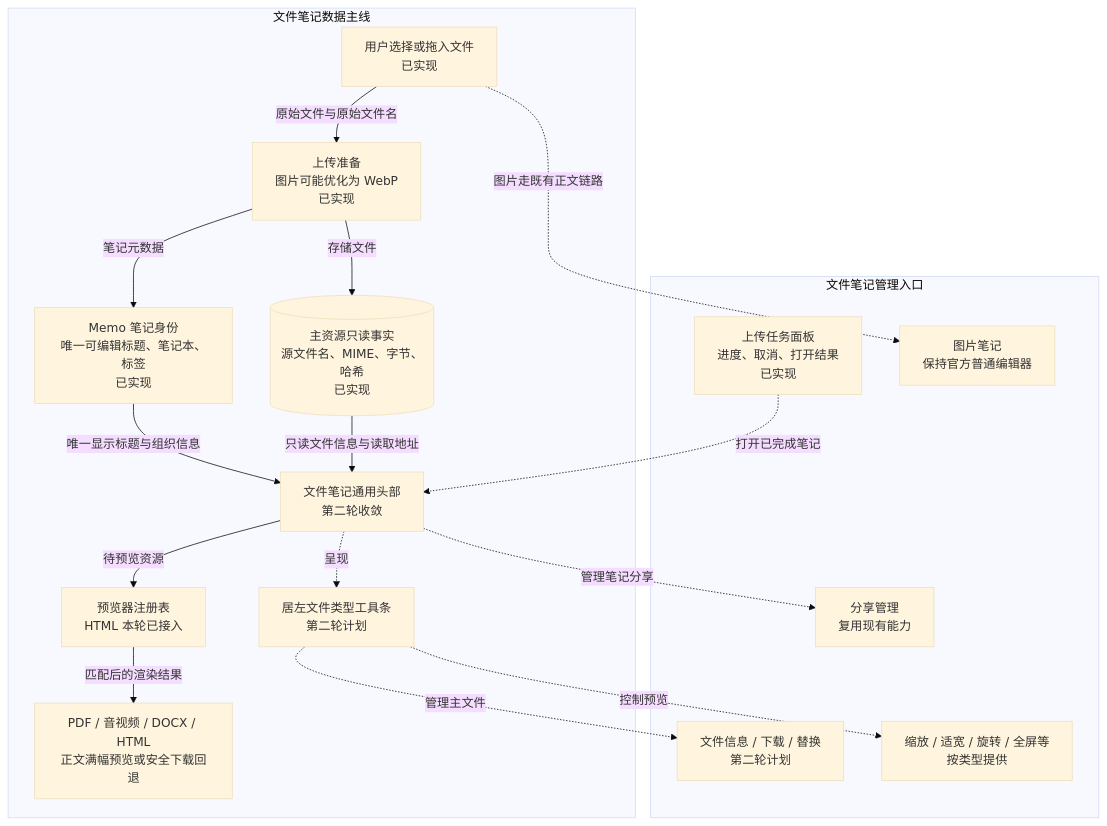
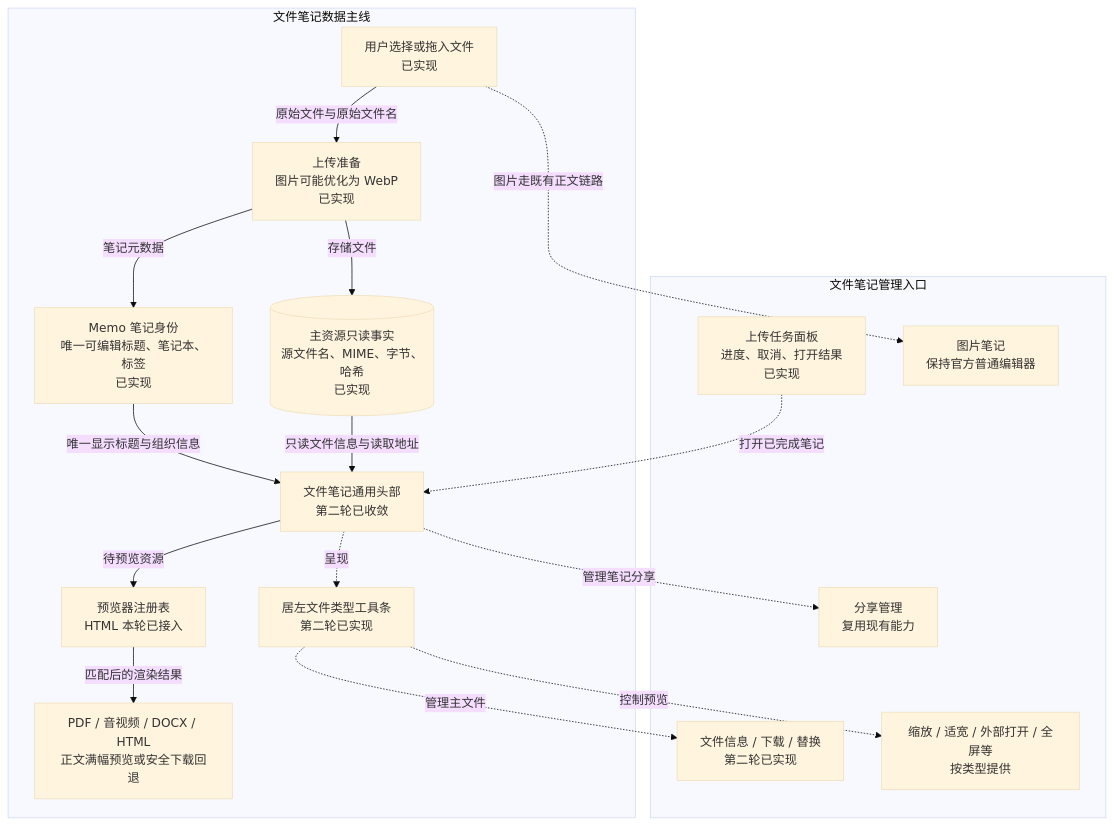
Before and after one commit to LarryGuan/edgeever: the diagram in docs/file-note-shell-html-preview-iteration.zh-CN.md, drawn with Mermaid (base theme). The commit also changed other lines of this file and 1 other file, not shown here.

Commit message:
docs: record file note toolbar implementation

````diff
--- a/docs/file-note-shell-html-preview-iteration.zh-CN.md
+++ b/docs/file-note-shell-html-preview-iteration.zh-CN.md
@@ -48,36 +48,36 @@
 ```mermaid
 flowchart TB
     subgraph FLOW["文件笔记数据主线"]
         INPUT["用户选择或拖入文件<br/>已实现"]
         PREPARE["上传准备<br/>图片可能优化为 WebP<br/>已实现"]
         MEMO["Memo 笔记身份<br/>唯一可编辑标题、笔记本、标签<br/>已实现"]
         RESOURCE[("主资源只读事实<br/>源文件名、MIME、字节、哈希<br/>已实现")]
-        PANE["文件笔记通用头部<br/>第二轮收敛"]
-        TOOLBAR["居左文件类型工具条<br/>第二轮计划"]
+        PANE["文件笔记通用头部<br/>第二轮已收敛"]
+        TOOLBAR["居左文件类型工具条<br/>第二轮已实现"]
         REGISTRY["预览器注册表<br/>HTML 本轮已接入"]
         RESULT["PDF / 音视频 / DOCX / HTML<br/>正文满幅预览或安全下载回退"]
 
         INPUT -->|"原始文件与原始文件名"| PREPARE
         PREPARE -->|"笔记元数据"| MEMO
         PREPARE -->|"存储文件"| RESOURCE
         MEMO -->|"唯一显示标题与组织信息"| PANE
         RESOURCE -->|"只读文件信息与读取地址"| PANE
         PANE -->|"待预览资源"| REGISTRY
         REGISTRY -->|"匹配后的渲染结果"| RESULT
     end
 
     subgraph TOOLS["文件笔记管理入口"]
-        ACTIONS["文件信息 / 下载 / 替换<br/>第二轮计划"]
-        PREVIEW_ACTIONS["缩放 / 适宽 / 旋转 / 全屏等<br/>按类型提供"]
+        ACTIONS["文件信息 / 下载 / 替换<br/>第二轮已实现"]
+        PREVIEW_ACTIONS["缩放 / 适宽 / 外部打开 / 全屏等<br/>按类型提供"]
         SHARE["分享管理<br/>复用现有能力"]
         UPLOADS["上传任务面板<br/>进度、取消、打开结果<br/>已实现"]
         IMAGE_EDITOR["图片笔记<br/>保持官方普通编辑器"]
     end
 
     PANE -.->|"呈现"| TOOLBAR
     TOOLBAR -.->|"管理主文件"| ACTIONS
     TOOLBAR -.->|"控制预览"| PREVIEW_ACTIONS
     PANE -.->|"管理笔记分享"| SHARE
     UPLOADS -.->|"打开已完成笔记"| PANE
     INPUT -.->|"图片走既有正文链路"| IMAGE_EDITOR
 ```
````
